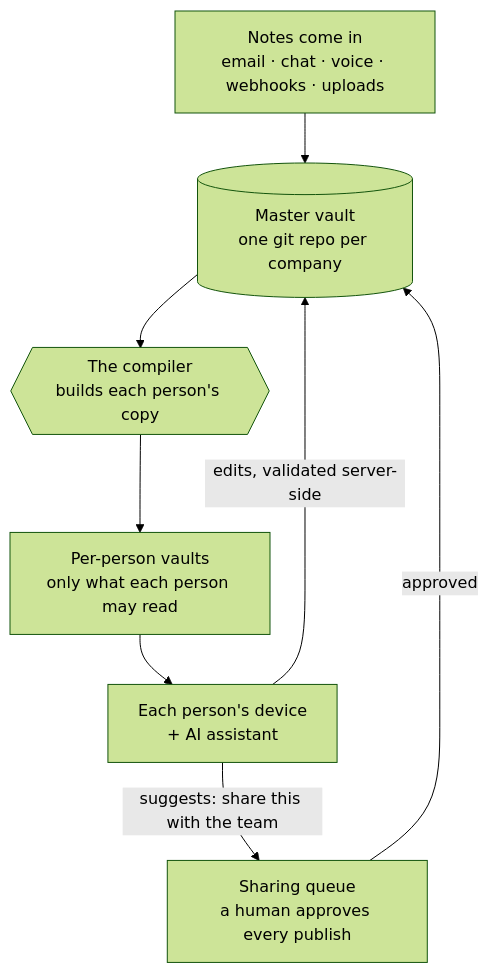
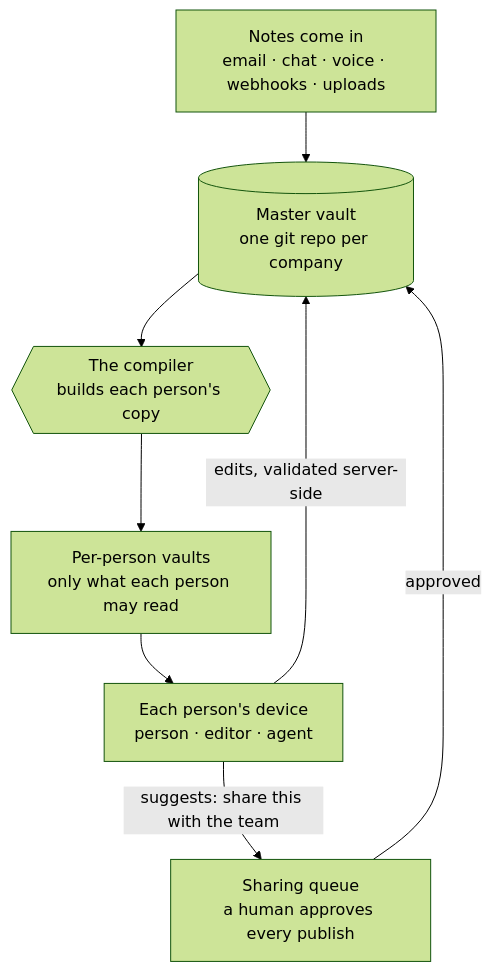
The diagram in README.md (joedanz/brainkit), drawn with Mermaid (forest theme) before and after one commit. The commit also changed other lines of this file and 4 other files, not shown here.

````diff
--- a/README.md
+++ b/README.md
@@ -29,17 +29,17 @@
 ```mermaid
 flowchart TB
     In["Notes come in<br/>email · chat · voice · webhooks · uploads"]
     M[("Master vault<br/>one git repo per company")]
     C{{"The compiler<br/>builds each person's copy"}}
     V["Per-person vaults<br/>only what each person may read"]
-    E["Each person's device<br/>+ AI assistant"]
+    E["Each person's device<br/>person · editor · agent"]
     Q["Sharing queue<br/>a human approves every publish"]
 
     In --> M
     M --> C
     C --> V
     V --> E
     E -->|"edits, validated server-side"| M
     E -->|"suggests: share this with the team"| Q
     Q -->|approved| M
 ```
````
